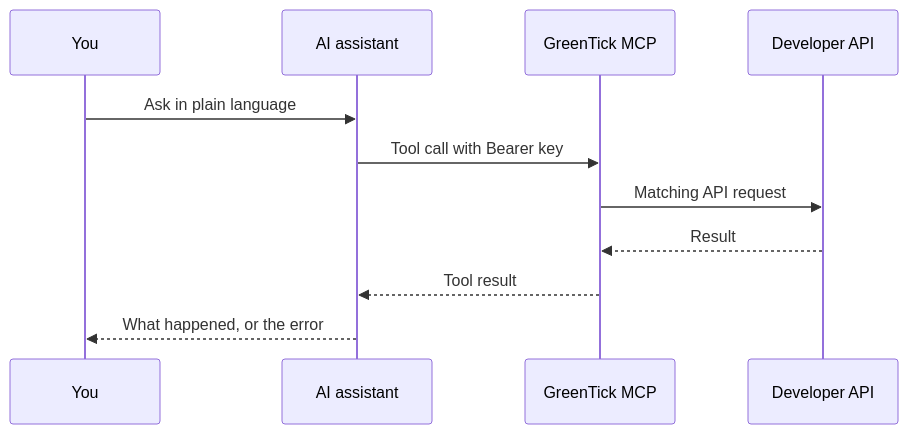
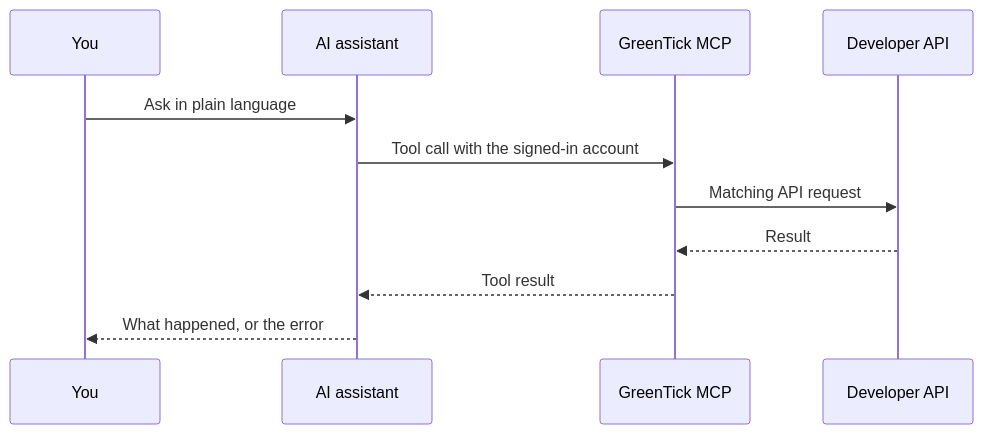
Before and after one commit to AkshayAgrawal1997/greentick-docs: the diagram in mcp/introduction.mdx, drawn with Mermaid. The commit also changed other lines of this file and 1 other file, not shown here.

````diff
--- a/mcp/introduction.mdx
+++ b/mcp/introduction.mdx
@@ -16,14 +16,14 @@
 ```mermaid
 sequenceDiagram
     participant You
     participant Agent as AI assistant
     participant MCP as GreenTick MCP
     participant API as Developer API
 
     You->>Agent: Ask in plain language
-    Agent->>MCP: Tool call with Bearer key
+    Agent->>MCP: Tool call with the signed-in account
     MCP->>API: Matching API request
     API-->>MCP: Result
     MCP-->>Agent: Tool result
     Agent-->>You: What happened, or the error
 ```
````
